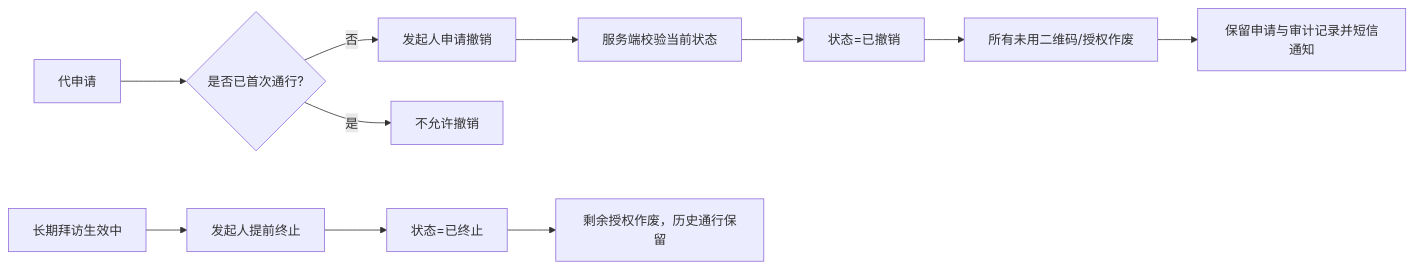
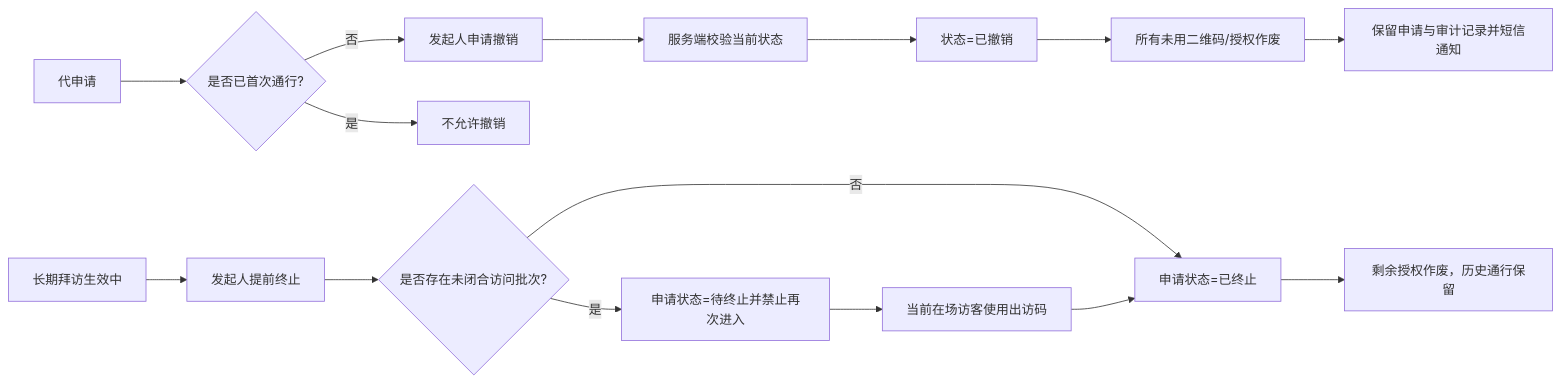
Before and after one commit to tangxiaochen755-droid/visitor-phase1-visual-blue: the sixth of 7 diagrams in docs/integration/02-核心业务流程.md, drawn with Mermaid. The commit also changed other lines of this file and 15 other files, not shown here.

````diff
--- a/docs/integration/02-核心业务流程.md
+++ b/docs/integration/02-核心业务流程.md
@@ -94,13 +112,17 @@
 ```mermaid
 flowchart LR
   A[代申请] --> B{是否已首次通行?}
   B -- 否 --> C[发起人申请撤销]
   B -- 是 --> D[不允许撤销]
   C --> E[服务端校验当前状态]
   E --> F[状态=已撤销]
   F --> G[所有未用二维码/授权作废]
   G --> H[保留申请与审计记录并短信通知]
   I[长期拜访生效中] --> J[发起人提前终止]
-  J --> K[状态=已终止]
-  K --> L[剩余授权作废，历史通行保留]
+  J --> K{是否存在未闭合访问批次?}
+  K -- 否 --> L[申请状态=已终止]
+  K -- 是 --> M[申请状态=待终止并禁止再次进入]
+  M --> N[当前在场访客使用出访码]
+  N --> L
+  L --> O[剩余授权作废，历史通行保留]
 ```
````
